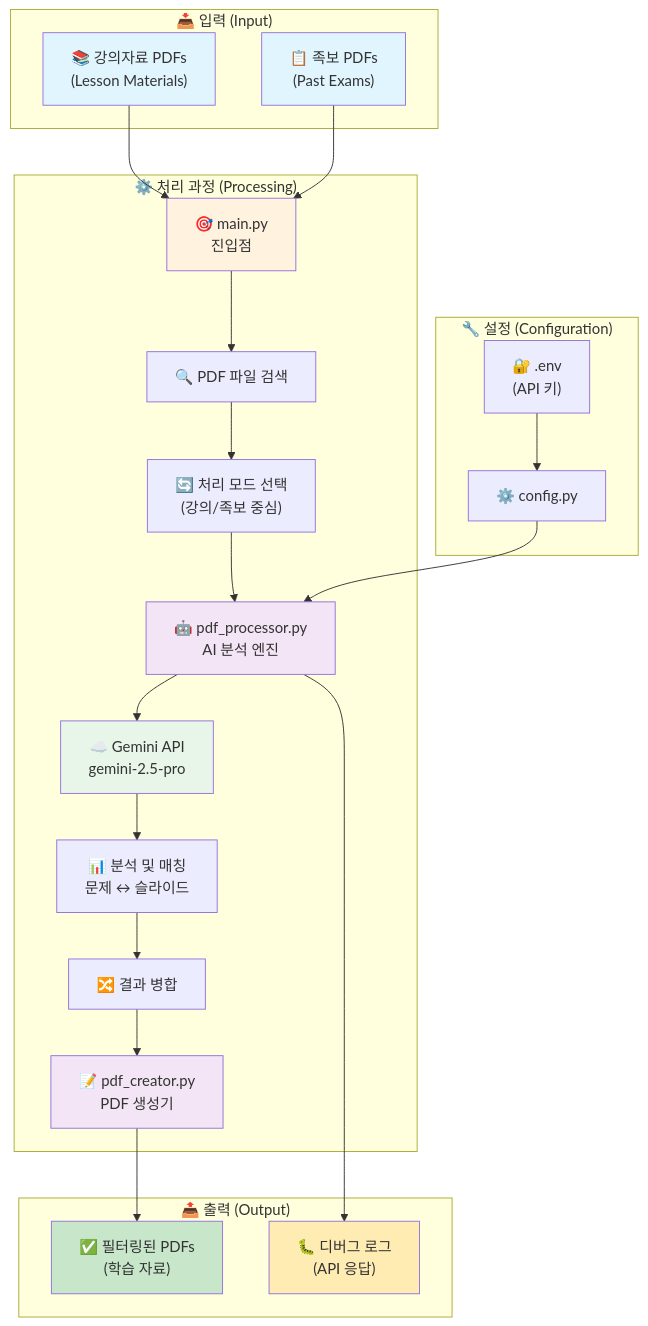
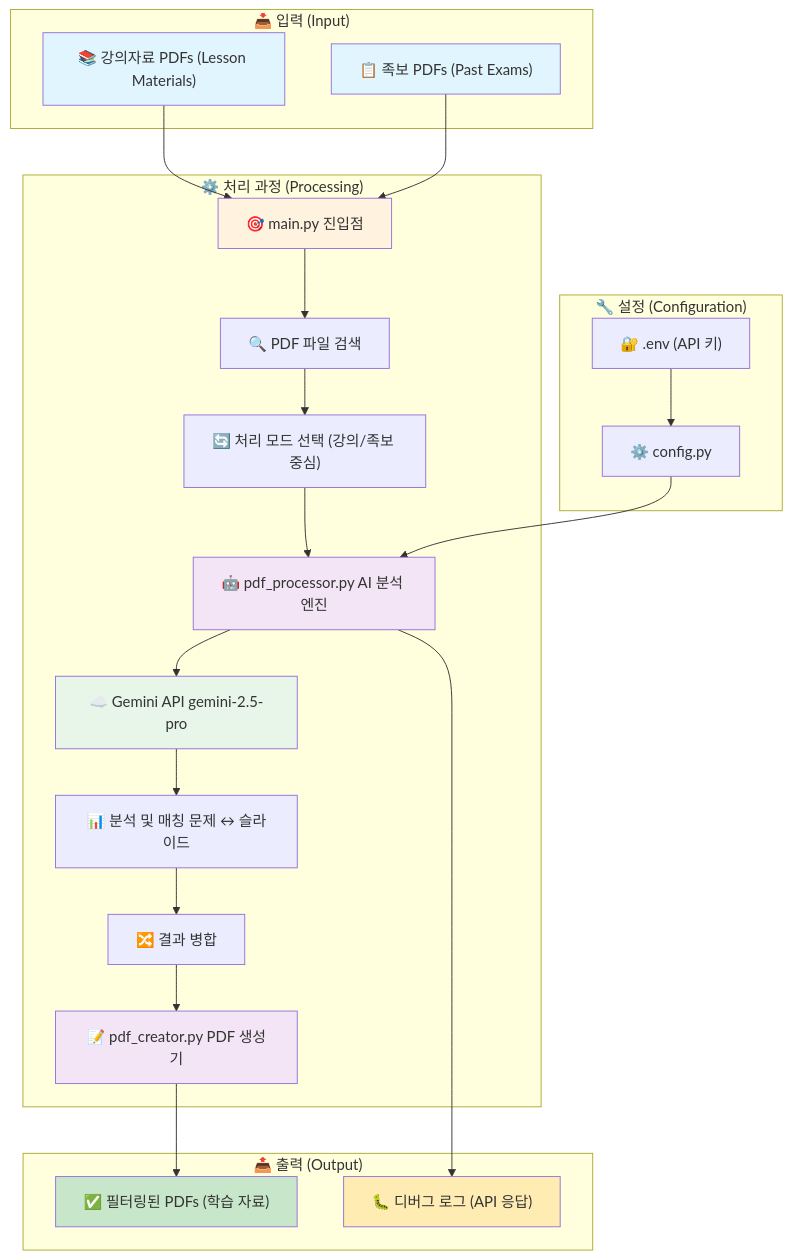
Before and after one commit to ksw6895/jokbodude: the fourth of 39 diagrams in architecture.md, drawn with Mermaid. The commit also changed other lines of this file, not shown here.

First line of the commit message:
fix: architecture.md Mermaid 다이어그램 파싱 오류 수정

````diff
--- a/architecture.md
+++ b/architecture.md
@@ -211,52 +211,52 @@
 ```mermaid
 graph TD
     subgraph "📥 입력 (Input)"
-        A1["📚 강의자료 PDFs<br/>(Lesson Materials)"]
-        A2["📋 족보 PDFs<br/>(Past Exams)"]
+        A1["📚 강의자료 PDFs (Lesson Materials)"]
+        A2["📋 족보 PDFs (Past Exams)"]
     end
     
     subgraph "⚙️ 처리 과정 (Processing)"
-        B["🎯 main.py<br/>진입점"] 
+        B["🎯 main.py 진입점"] 
         C["🔍 PDF 파일 검색"]
-        D["🔄 처리 모드 선택<br/>(강의/족보 중심)"]
-        E["🤖 pdf_processor.py<br/>AI 분석 엔진"]
-        F["☁️ Gemini API<br/>gemini-2.5-pro"]
-        G["📊 분석 및 매칭<br/>문제 ↔ 슬라이드"]
+        D["🔄 처리 모드 선택 (강의/족보 중심)"]
+        E["🤖 pdf_processor.py AI 분석 엔진"]
+        F["☁️ Gemini API gemini-2.5-pro"]
+        G["📊 분석 및 매칭 문제 ↔ 슬라이드"]
         H["🔀 결과 병합"]
-        I["📝 pdf_creator.py<br/>PDF 생성기"]
+        I["📝 pdf_creator.py PDF 생성기"]
     end
     
     subgraph "📤 출력 (Output)"
-        J["✅ 필터링된 PDFs<br/>(학습 자료)"]
-        K["🐛 디버그 로그<br/>(API 응답)"]
+        J["✅ 필터링된 PDFs (학습 자료)"]
+        K["🐛 디버그 로그 (API 응답)"]
     end
     
     subgraph "🔧 설정 (Configuration)"
         L["⚙️ config.py"]
-        M["🔐 .env<br/>(API 키)"]
+        M["🔐 .env (API 키)"]
     end
     
     A1 --> B
     A2 --> B
     B --> C
     C --> D
     D --> E
     E --> F
     F --> G
     G --> H
     H --> I
     I --> J
     E --> K
     
     M --> L
     L --> E
     
     style A1 fill:#e1f5fe
     style A2 fill:#e1f5fe
     style B fill:#fff3e0
     style E fill:#f3e5f5
     style F fill:#e8f5e9
     style I fill:#f3e5f5
     style J fill:#c8e6c9
     style K fill:#ffecb3
 ```
````
